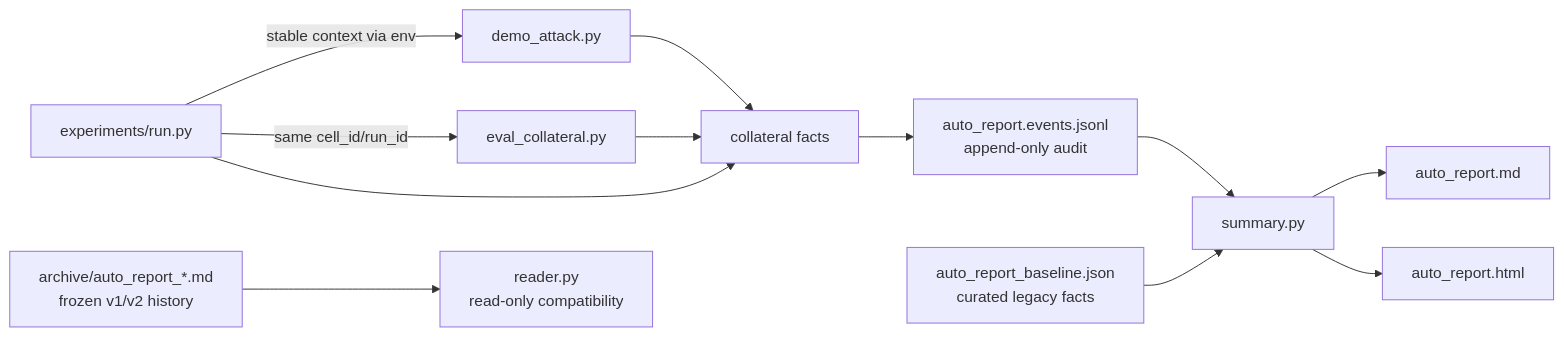
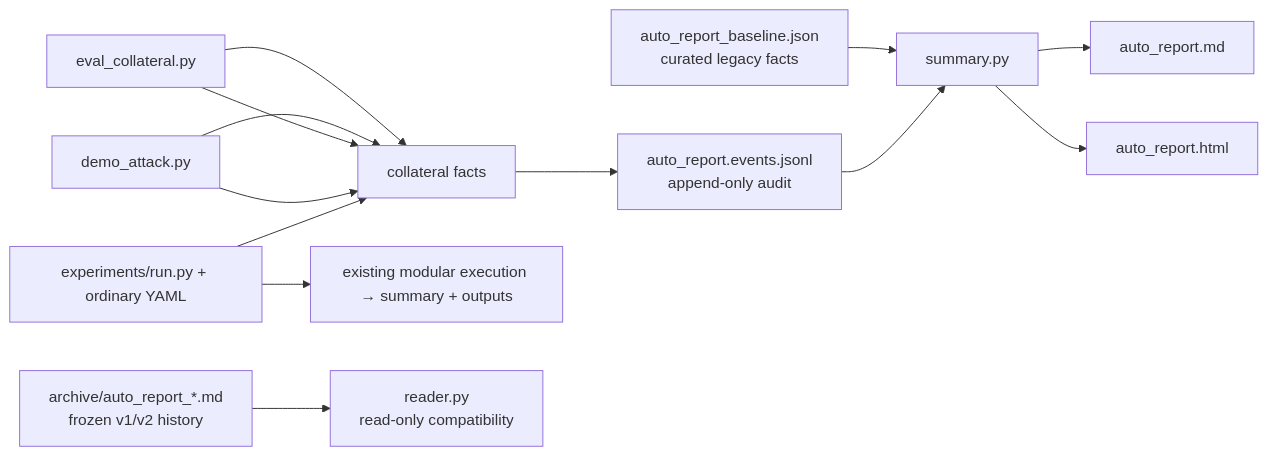
The diagram in GULib-master/docs/auto_report_v3_DESIGN.md (lelelelelelelelelelelelele/OpenGU), drawn with Mermaid before and after one commit. The commit also changed other lines of this file and 4 other files, not shown here.

Commit message:
fix(AAGU-034): reconnect ordinary execution to AutoReport V3

````diff
--- a/GULib-master/docs/auto_report_v3_DESIGN.md
+++ b/GULib-master/docs/auto_report_v3_DESIGN.md
@@ -9,14 +9,15 @@
 ```mermaid
 flowchart LR
-    R["experiments/run.py"] -->|stable context via env| A["demo_attack.py"]
-    R -->|same cell_id/run_id| C["eval_collateral.py"]
-    R --> E["run/stage transitions"]
+    R["experiments/run.py + ordinary YAML"] --> E["run lifecycle"]
+    R --> K["existing modular execution → summary + outputs"]
+    A["demo_attack.py"] --> E
+    C["eval_collateral.py"] --> E
     A --> E["selection + attack facts"]
     C --> E["collateral facts"]
     E --> J["auto_report.events.jsonl\nappend-only audit"]
     J --> S["summary.py"]
     B["auto_report_baseline.json\ncurated legacy facts"] --> S
     S --> M["auto_report.md"]
     S --> H["auto_report.html"]
     L["archive/auto_report_*.md\nfrozen v1/v2 history"] --> P["reader.py\nread-only compatibility"]
 ```
````
